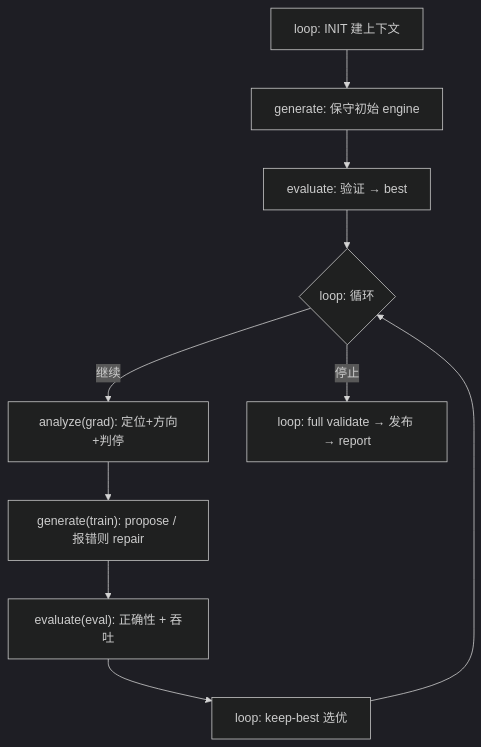
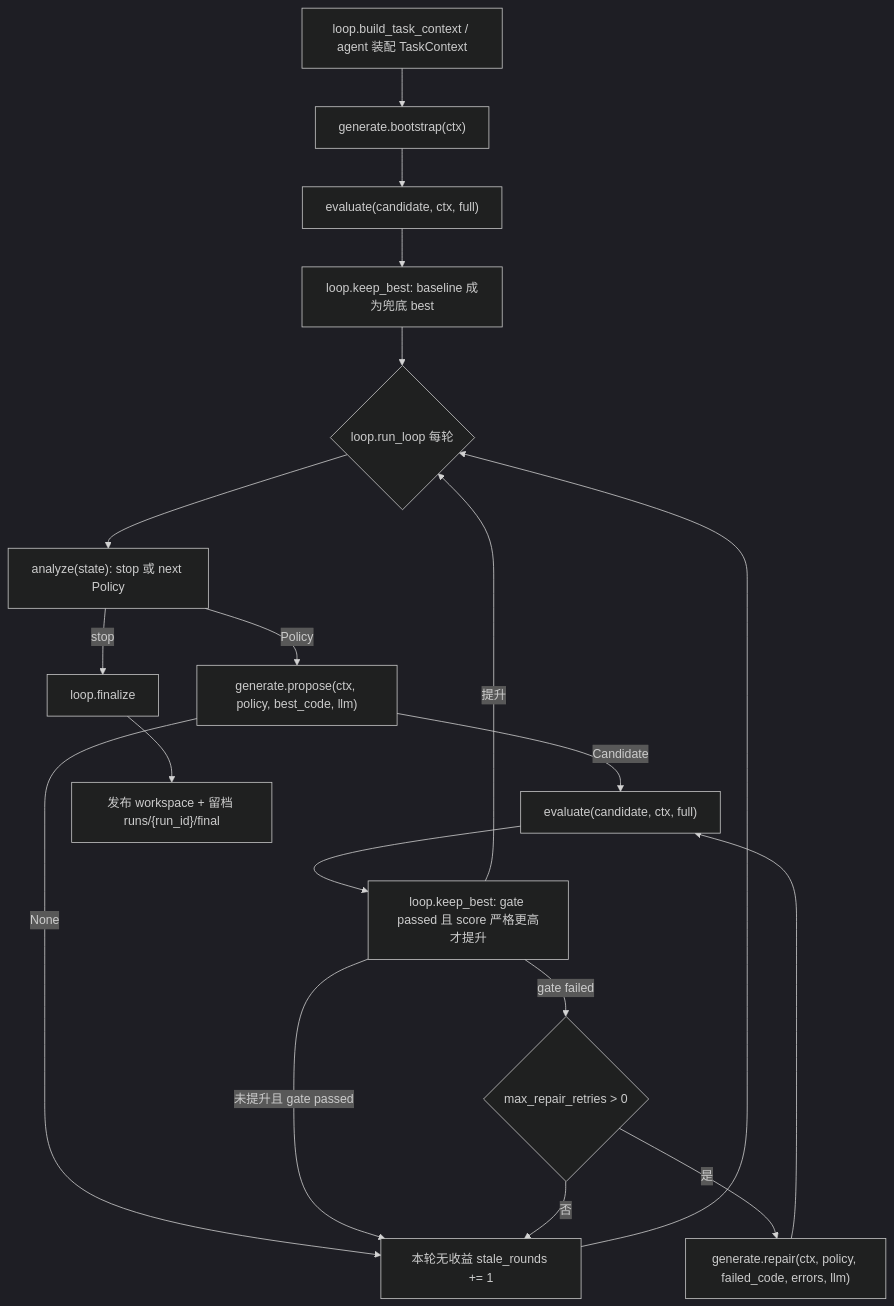
One commit to Jiadezhende/mls-Infer-opt changed the diagram in src/mls_infer_opt/ARCHITECTURE.md. Above: the diagram before and after it, drawn with Mermaid (dark theme). The commit also changed other lines of this file and 10 other files, not shown here.

````diff
--- a/src/mls_infer_opt/ARCHITECTURE.md
+++ b/src/mls_infer_opt/ARCHITECTURE.md
@@ -33,12 +48,21 @@
 ```mermaid
 flowchart TD
-    INIT["loop: INIT 建上下文"] --> BOOT["generate: 保守初始 engine"]
-    BOOT --> BEVAL["evaluate: 验证 → best"]
-    BEVAL --> LOOP{loop: 循环}
-    LOOP -->|继续| GRAD["analyze(grad): 定位+方向+判停"]
-    GRAD --> GEN["generate(train): propose / 报错则 repair"]
-    GEN --> EVAL["evaluate(eval): 正确性 + 吞吐"]
-    EVAL --> KEEP["loop: keep-best 选优"]
-    KEEP --> LOOP
-    LOOP -->|停止| FIN["loop: full validate → 发布 → report"]
+    INIT["loop.build_task_context / agent 装配 TaskContext"] --> BOOT["generate.bootstrap(ctx)"]
+    BOOT --> BEVAL["evaluate(candidate, ctx, full)"]
+    BEVAL --> BKEEP["loop.keep_best: baseline 成为兜底 best"]
+    BKEEP --> ROUND{"loop.run_loop 每轮"}
+    ROUND --> ANALYZE["analyze(state): stop 或 next Policy"]
+    ANALYZE -->|stop| FIN["loop.finalize"]
+    ANALYZE -->|Policy| GEN["generate.propose(ctx, policy, best_code, llm)"]
+    GEN -->|None| STALE["本轮无收益 stale_rounds += 1"]
+    GEN -->|Candidate| EVAL["evaluate(candidate, ctx, full)"]
+    EVAL --> KEEP["loop.keep_best: gate passed 且 score 严格更高才提升"]
+    KEEP -->|提升| ROUND
+    KEEP -->|未提升且 gate passed| STALE
+    KEEP -->|gate failed| REPAIR{"max_repair_retries > 0"}
+    REPAIR -->|是| FIX["generate.repair(ctx, policy, failed_code, errors, llm)"]
+    FIX --> EVAL
+    REPAIR -->|否| STALE
+    STALE --> ROUND
+    FIN --> PUB["发布 workspace + 留档 runs/{run_id}/final"]
 ```
````
